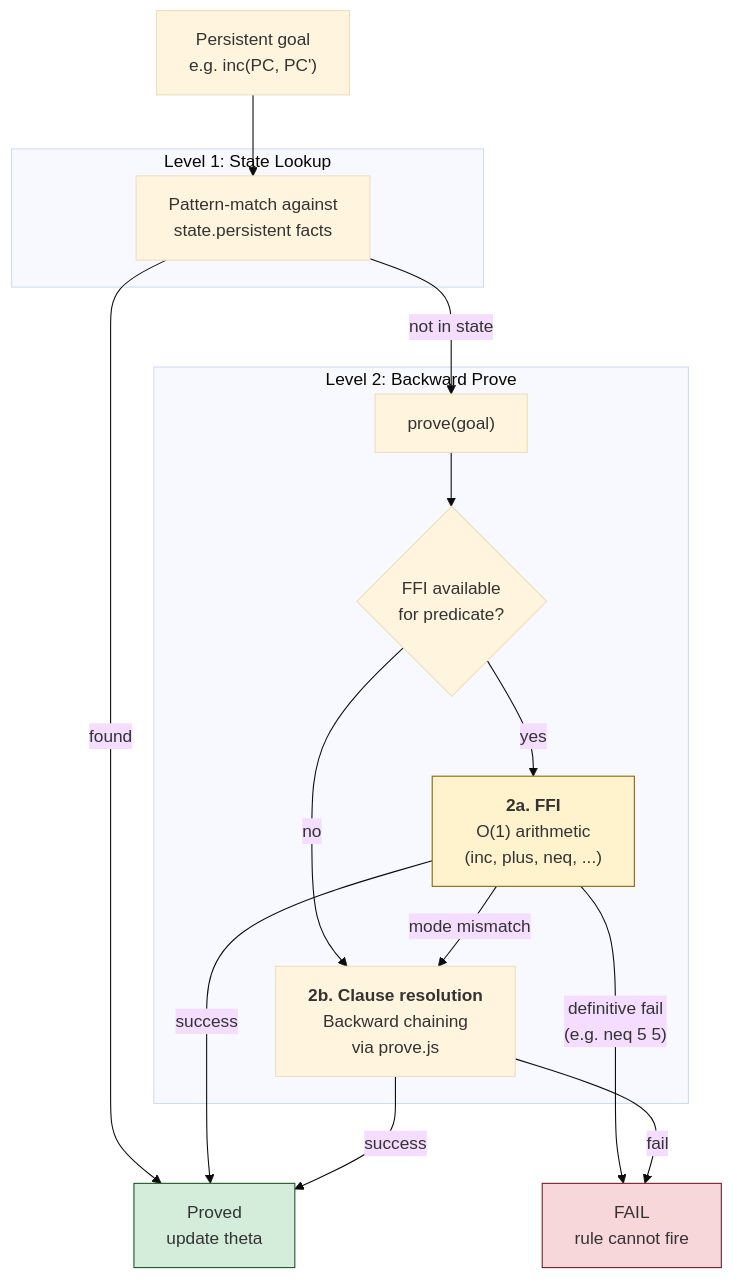
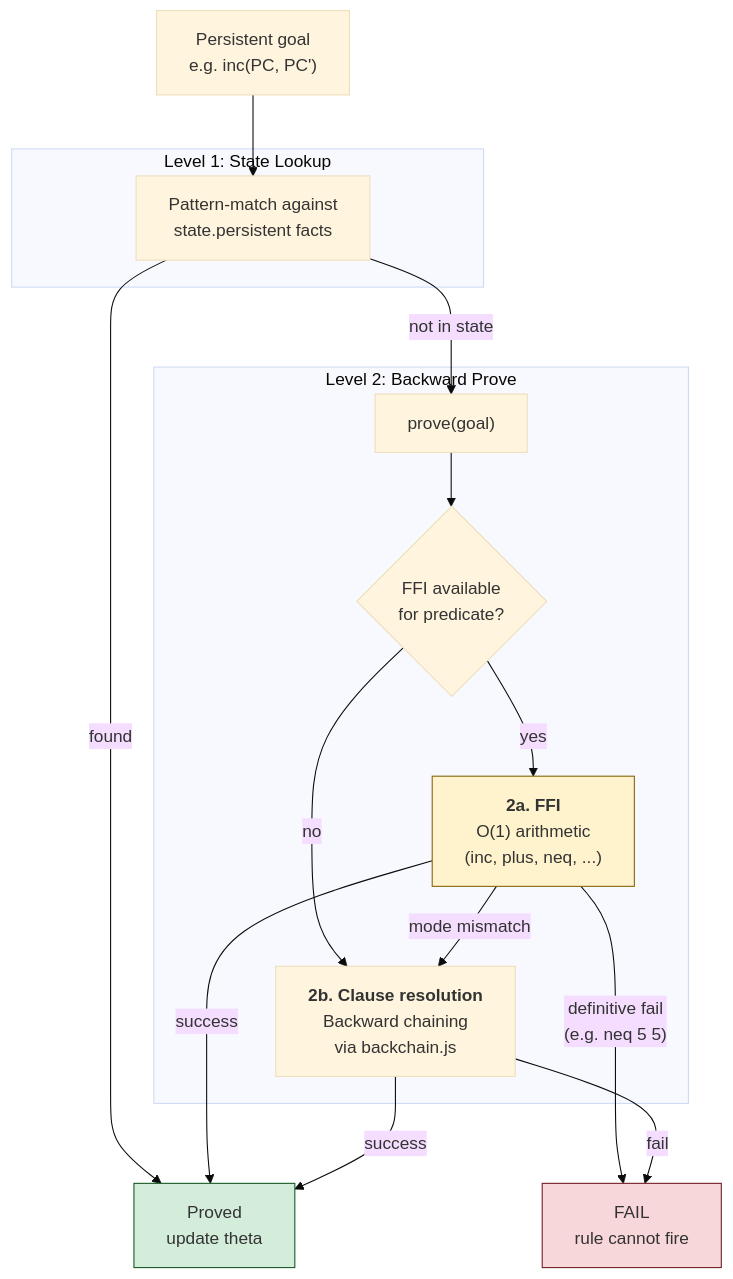
The fourth of 7 diagrams in doc/documentation/forward-chaining-engine.md (mhhf/calc), drawn with Mermaid (base theme) before and after one commit. The commit also changed other lines of this file and 52 other files, not shown here.

````diff
--- a/doc/documentation/forward-chaining-engine.md
+++ b/doc/documentation/forward-chaining-engine.md
@@ -155,32 +155,32 @@
 ```mermaid
 flowchart TB
     GOAL["Persistent goal<br/>e.g. inc(PC, PC')"] --> LOOKUP
 
     subgraph LEVEL1["Level 1: State Lookup"]
         LOOKUP["Pattern-match against<br/>state.persistent facts"]
     end
 
     LOOKUP --> |"found"| SUCCESS["Proved<br/>update theta"]
     LOOKUP --> |"not in state"| BACKWARD
 
     subgraph LEVEL2["Level 2: Backward Prove"]
         BACKWARD["prove(goal)"]
         FFI_CHECK{"FFI available<br/>for predicate?"}
         FFI["<b>2a. FFI</b><br/>O(1) arithmetic<br/>(inc, plus, neq, ...)"]
-        CLAUSES["<b>2b. Clause resolution</b><br/>Backward chaining<br/>via prove.js"]
+        CLAUSES["<b>2b. Clause resolution</b><br/>Backward chaining<br/>via backchain.js"]
 
         BACKWARD --> FFI_CHECK
         FFI_CHECK --> |"yes"| FFI
         FFI_CHECK --> |"no"| CLAUSES
         FFI --> |"mode mismatch"| CLAUSES
     end
 
     FFI --> |"success"| SUCCESS
     FFI --> |"definitive fail<br/>(e.g. neq 5 5)"| FAIL["FAIL<br/>rule cannot fire"]
     CLAUSES --> |"success"| SUCCESS
     CLAUSES --> |"fail"| FAIL
 
     style SUCCESS fill:#d4edda,stroke:#155724
     style FAIL fill:#f8d7da,stroke:#721c24
     style FFI fill:#fff3cd,stroke:#856404
 ```
````
